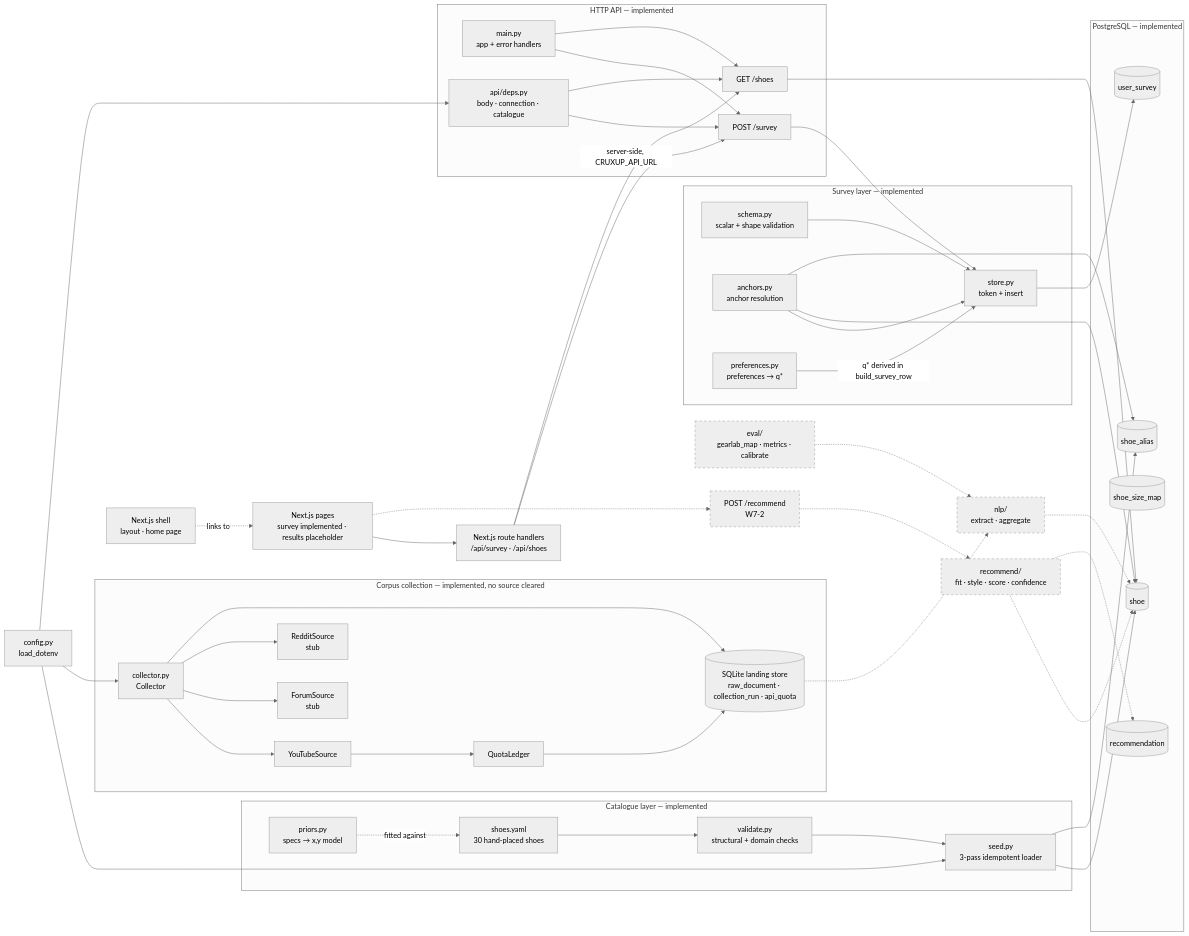
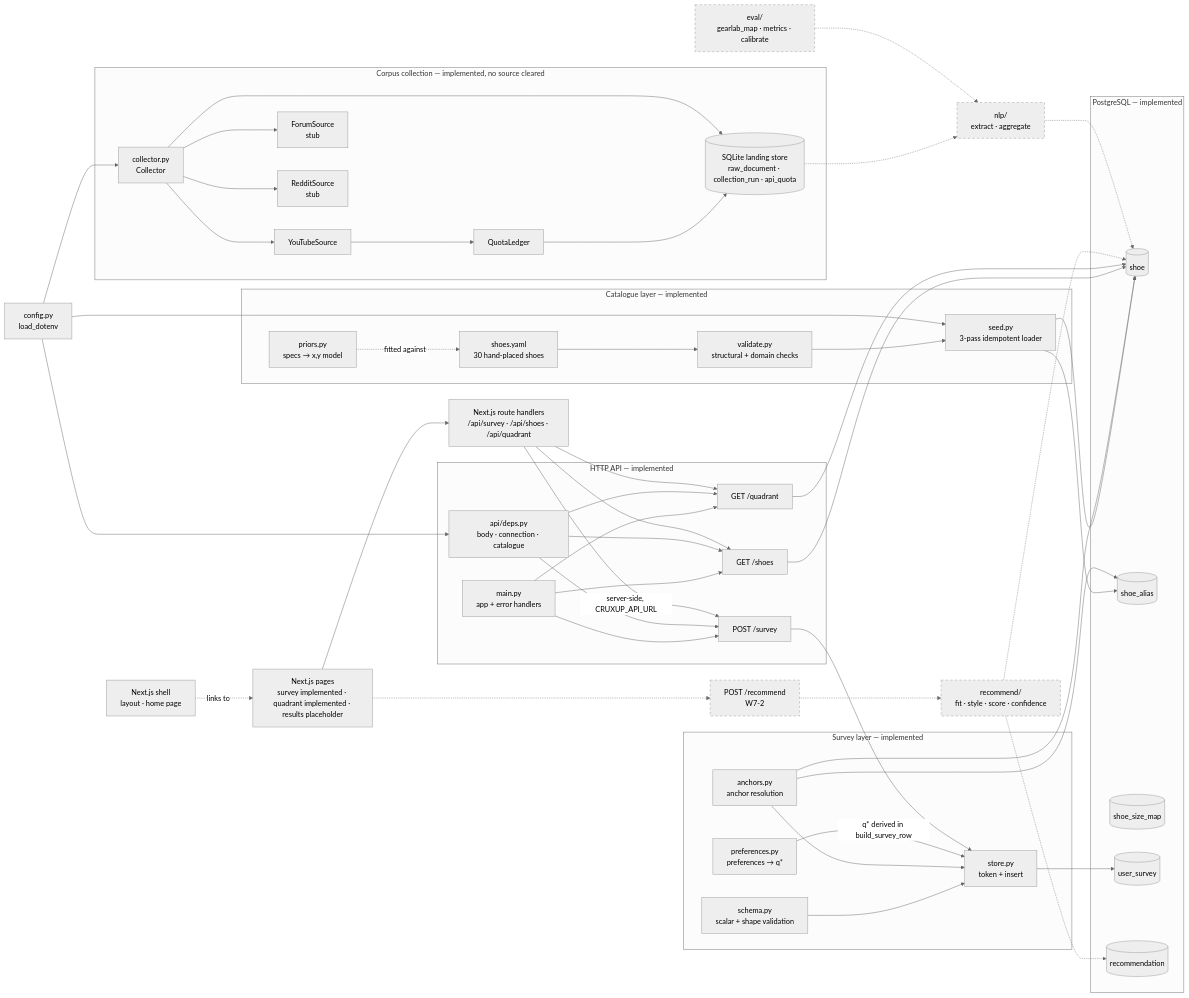
The first of 2 diagrams in docs/ARCHITECTURE.md (barlu3/CruxUp), drawn with Mermaid (neutral theme) before and after one commit. The commit also changed other lines of this file and 2 other files, not shown here.

```diff
--- a/docs/ARCHITECTURE.md
+++ b/docs/ARCHITECTURE.md
@@ -69,6 +69,7 @@
     DEPS[api/deps.py<br/>body · connection · catalogue]
     RSURV[POST /survey]
     RSHOE[GET /shoes]
+    RQUAD[GET /quadrant]
   end
 
   CFG[config.py<br/>load_dotenv]
@@ -88,24 +89,28 @@
   PREF -->|"q* derived in build_survey_row"| STO
   MAIN --> RSURV
   MAIN --> RSHOE
+  MAIN --> RQUAD
   DEPS --> RSURV
   DEPS --> RSHOE
+  DEPS --> RQUAD
   CFG --> DEPS
   RSURV --> STO
   RSHOE --> SHOE
+  RQUAD --> SHOE
 
   RREC[POST /recommend<br/>W7-2]:::planned
   SCORE[recommend/<br/>fit · style · score · confidence]:::planned
   NLP[nlp/<br/>extract · aggregate]:::planned
   EVAL[eval/<br/>gearlab_map · metrics · calibrate]:::planned
   SHELL[Next.js shell<br/>layout · home page]
-  WEB[Next.js pages<br/>survey implemented · results placeholder]
-  PROXY[Next.js route handlers<br/>/api/survey · /api/shoes]
+  WEB[Next.js pages<br/>survey implemented · quadrant implemented · results placeholder]
+  PROXY[Next.js route handlers<br/>/api/survey · /api/shoes · /api/quadrant]
 
   SHELL -. links to .-> WEB
   WEB --> PROXY
   PROXY -->|"server-side, CRUXUP_API_URL"| RSURV
   PROXY --> RSHOE
+  PROXY --> RQUAD
   WEB -.-> RREC -.-> SCORE -.-> SHOE
   SCORE -.-> REC
   LAND -.-> NLP -.-> SHOE
```
